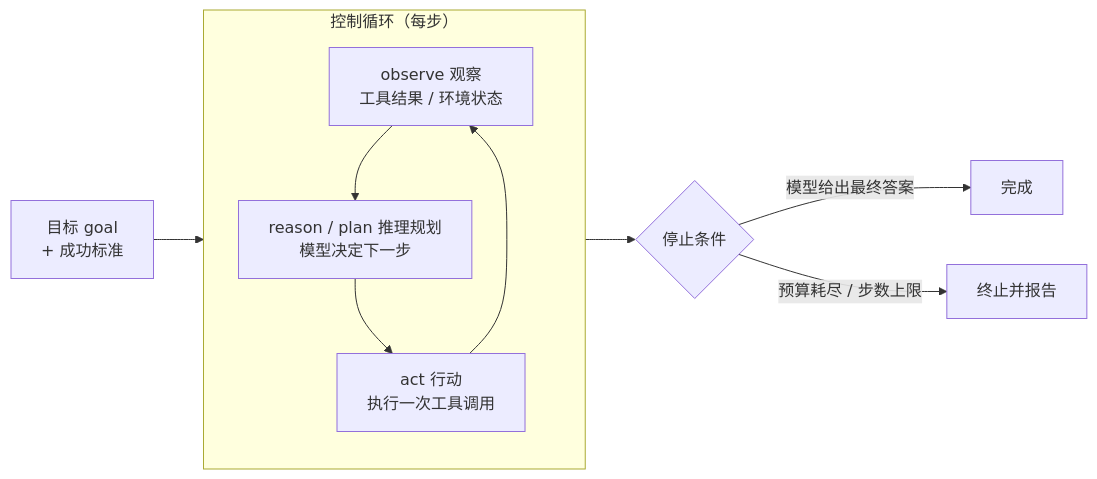
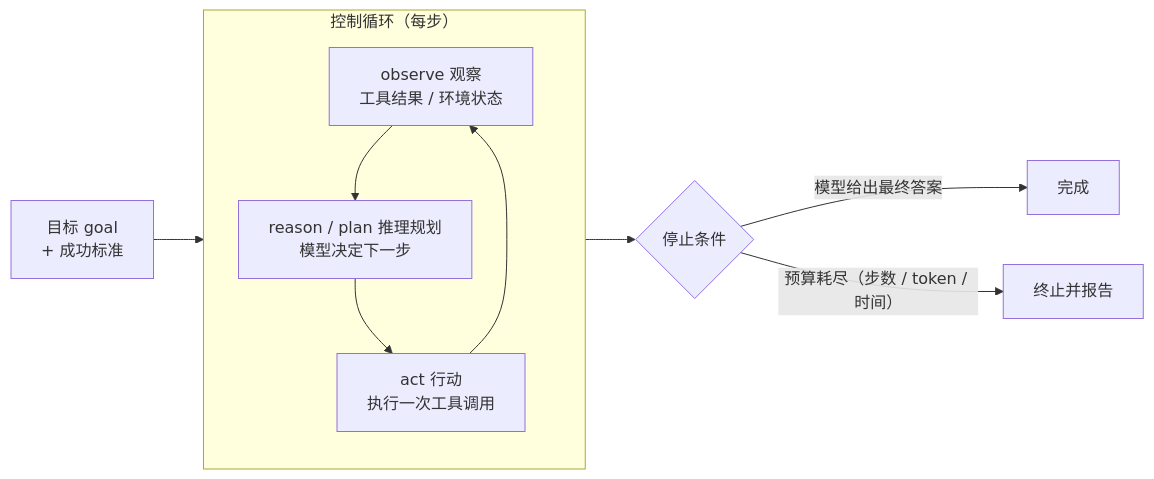
Before and after one commit to zenHeart/learn-ai: the diagram in docs/zh/tech/06-agent-systems/agent-runtime.md, drawn with Mermaid. The commit also changed other lines of this file and 67 other files, not shown here.

````diff
--- a/docs/zh/tech/06-agent-systems/agent-runtime.md
+++ b/docs/zh/tech/06-agent-systems/agent-runtime.md
@@ -43,12 +43,12 @@
 ```mermaid
 flowchart LR
     G["目标 goal<br/>+ 成功标准"] --> L
     subgraph L["控制循环（每步）"]
         O["observe 观察<br/>工具结果 / 环境状态"] --> R["reason / plan 推理规划<br/>模型决定下一步"]
         R --> A["act 行动<br/>执行一次工具调用"]
         A --> O
     end
     L --> S{"停止条件"}
     S -->|模型给出最终答案| F["完成"]
-    S -->|预算耗尽 / 步数上限| X["终止并报告"]
+    S -->|预算耗尽（步数 / token / 时间）| X["终止并报告"]
 ```
````
